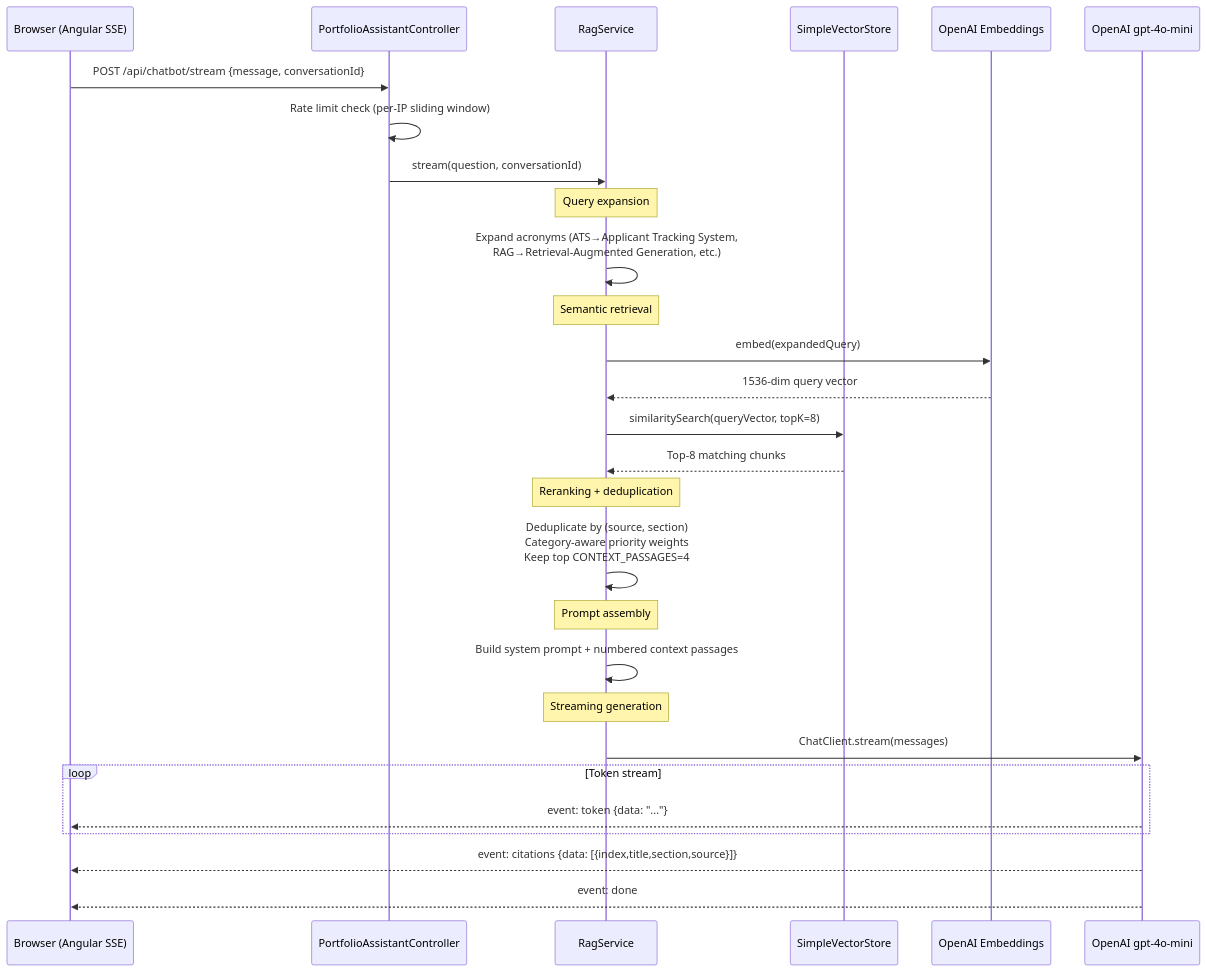
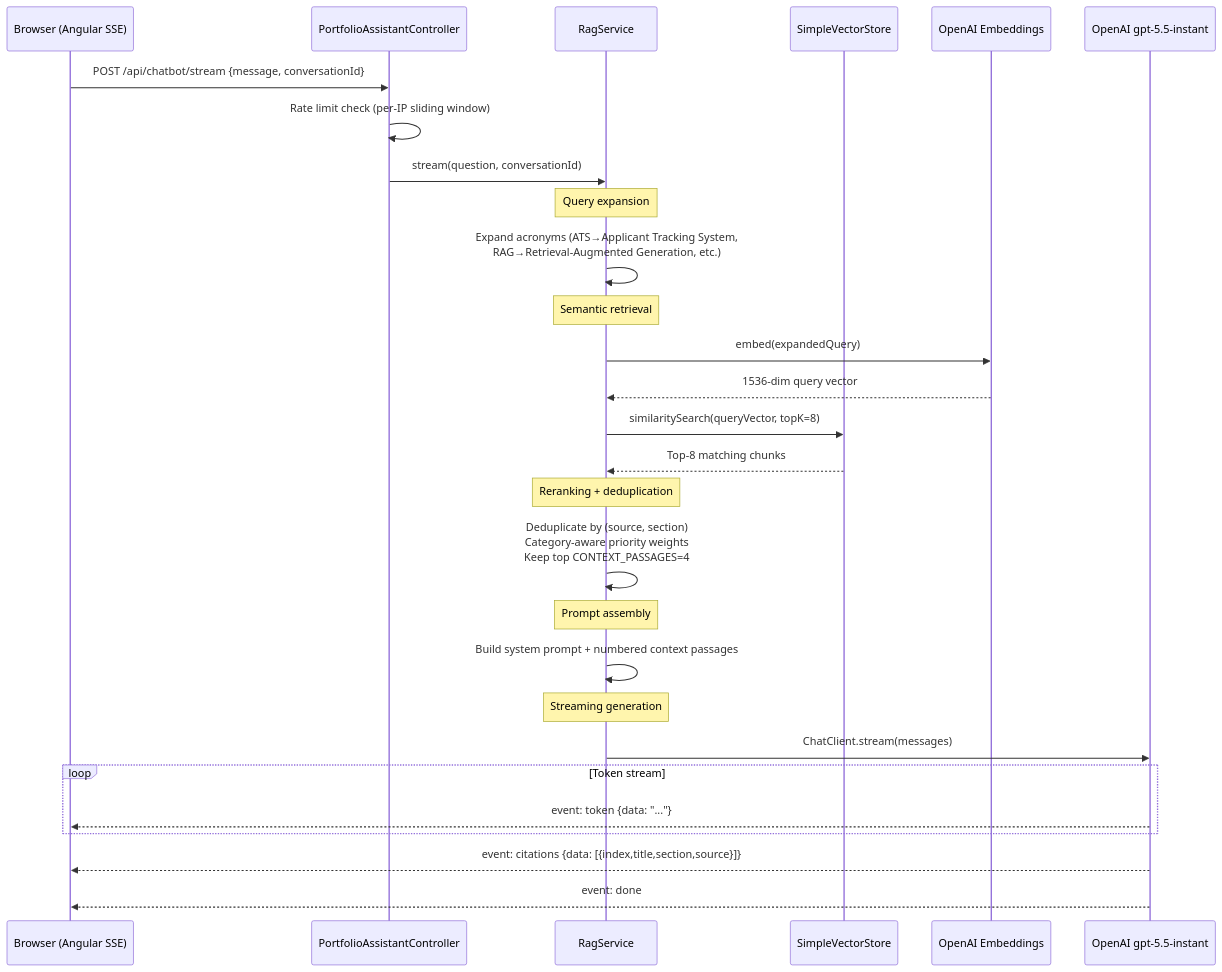
One commit to clark22134/MyPortfolioWebsite changed the sixth of 16 diagrams in docs/ARCHITECTURE.md. Above: the diagram before and after it, drawn with Mermaid. The commit also changed other lines of this file and 25 other files, not shown here.

Commit message:
Code coverage, broken docs links, gpt-5.5-instant for chatbot

````diff
--- a/docs/ARCHITECTURE.md
+++ b/docs/ARCHITECTURE.md
@@ -281,37 +281,37 @@
 ```mermaid
 sequenceDiagram
     participant B as Browser (Angular SSE)
     participant C as PortfolioAssistantController
     participant R as RagService
     participant V as SimpleVectorStore
     participant E as OpenAI Embeddings
-    participant L as OpenAI gpt-4o-mini
+    participant L as OpenAI gpt-5.5-instant
 
     B->>C: POST /api/chatbot/stream {message, conversationId}
     C->>C: Rate limit check (per-IP sliding window)
 
     C->>R: stream(question, conversationId)
 
     Note over R: Query expansion
     R->>R: Expand acronyms (ATS→Applicant Tracking System,<br/>RAG→Retrieval-Augmented Generation, etc.)
 
     Note over R: Semantic retrieval
     R->>E: embed(expandedQuery)
     E-->>R: 1536-dim query vector
     R->>V: similaritySearch(queryVector, topK=8)
     V-->>R: Top-8 matching chunks
 
     Note over R: Reranking + deduplication
     R->>R: Deduplicate by (source, section)<br/>Category-aware priority weights<br/>Keep top CONTEXT_PASSAGES=4
 
     Note over R: Prompt assembly
     R->>R: Build system prompt + numbered context passages
 
     Note over R: Streaming generation
     R->>L: ChatClient.stream(messages)
     loop Token stream
         L-->>B: event: token  {data: "..."}
     end
     L-->>B: event: citations {data: [{index,title,section,source}]}
     L-->>B: event: done
 ```
````
